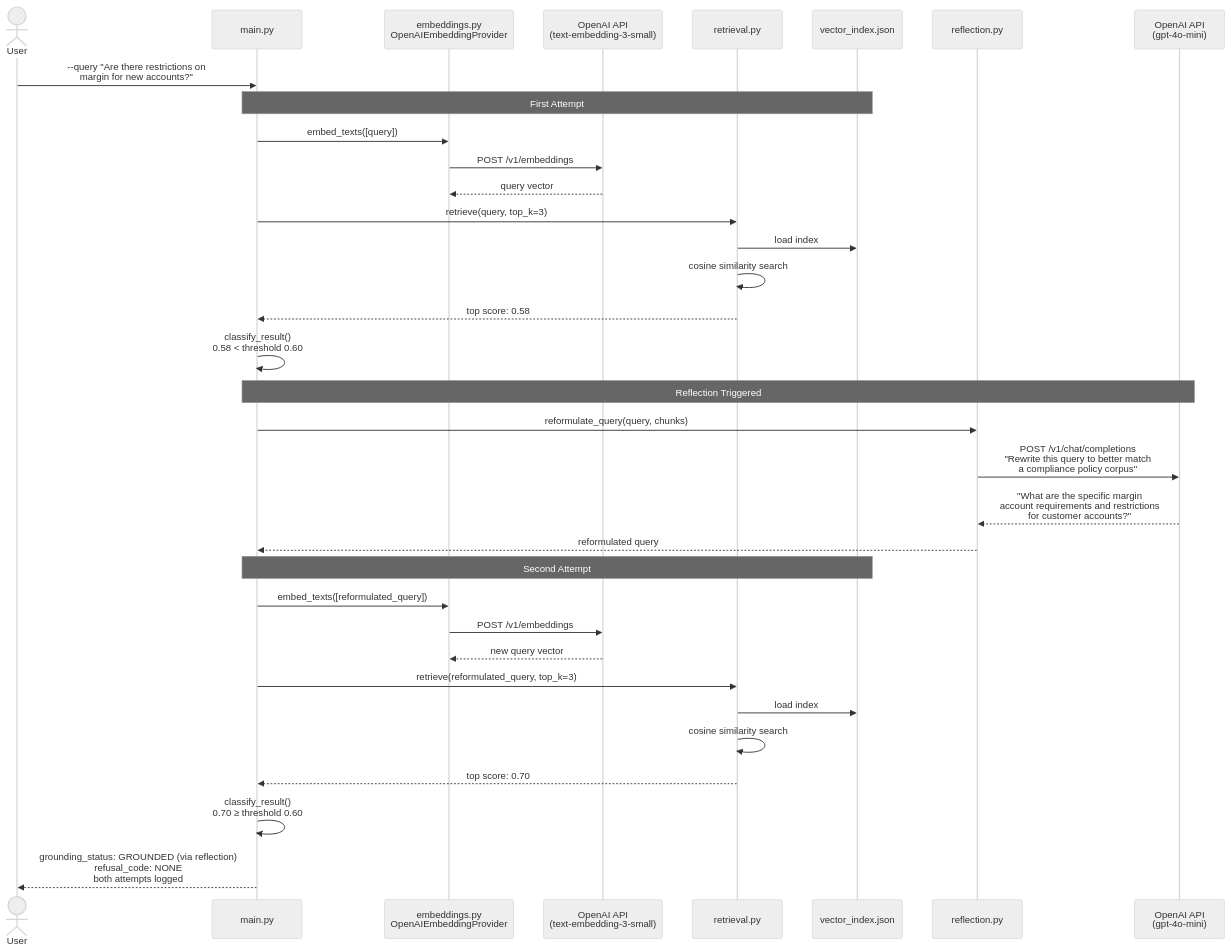
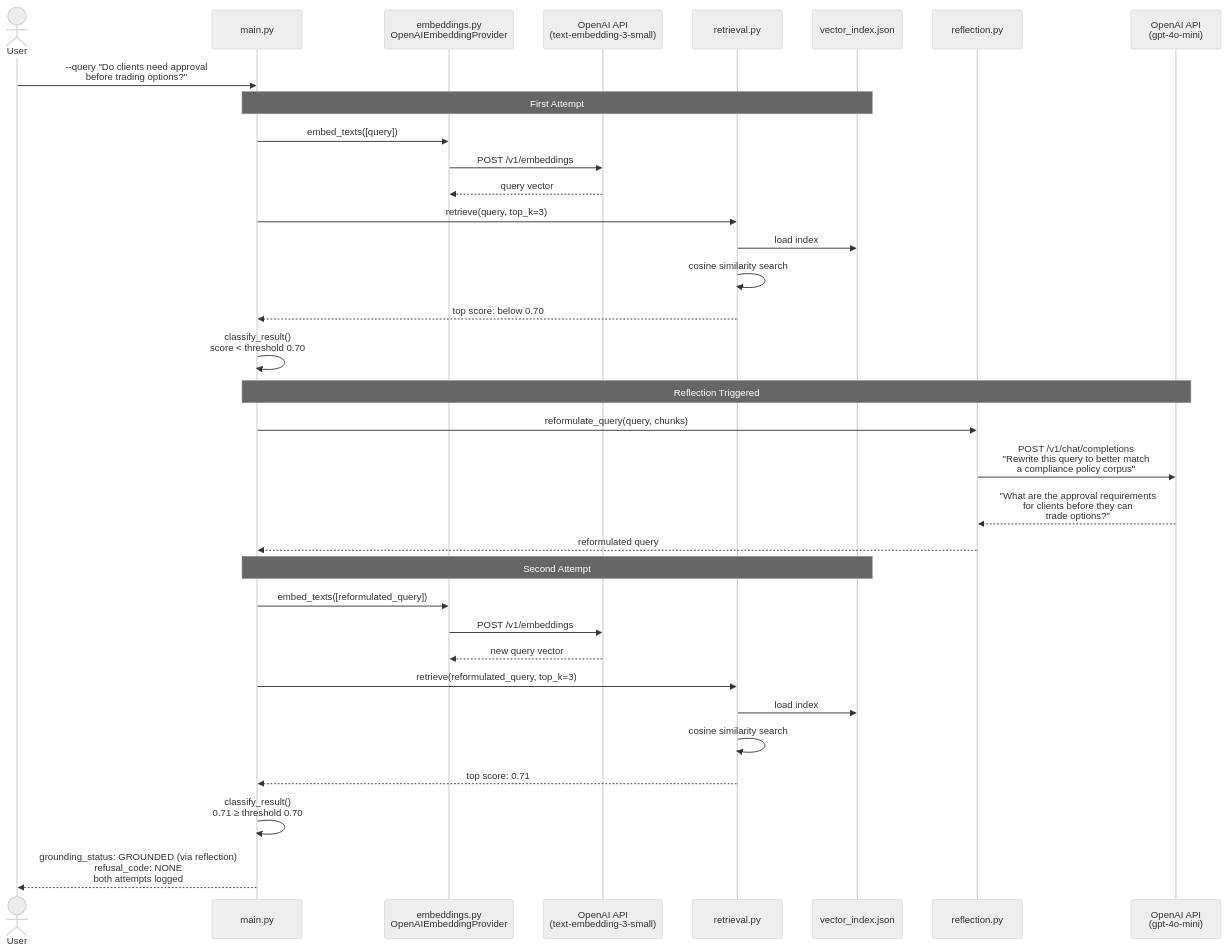
Before and after one commit to stevelanderson42/ai-prod-mgr: the fourth of 4 diagrams in modules/rag-knowledge-pilot/README.md, drawn with Mermaid (neutral theme). The commit also changed other lines of this file, not shown here.

````diff
--- a/modules/rag-knowledge-pilot/README.md
+++ b/modules/rag-knowledge-pilot/README.md
@@ -204,42 +302,42 @@
 ```mermaid
 sequenceDiagram
     actor User
     participant main as main.py
     participant emb as embeddings.py<br/>OpenAIEmbeddingProvider
     participant api_emb as OpenAI API<br/>(text-embedding-3-small)
     participant ret as retrieval.py
     participant idx as vector_index.json
     participant ref as reflection.py
     participant api_chat as OpenAI API<br/>(gpt-4o-mini)
 
-    User->>main: --query "Are there restrictions on<br/>margin for new accounts?"
+    User->>main: --query "Do clients need approval<br/>before trading options?"
     
     Note over main,idx: First Attempt
     main->>emb: embed_texts([query])
     emb->>api_emb: POST /v1/embeddings
     api_emb-->>emb: query vector
     main->>ret: retrieve(query, top_k=3)
     ret->>idx: load index
     ret->>ret: cosine similarity search
-    ret-->>main: top score: 0.58
+    ret-->>main: top score: below 0.70
 
-    main->>main: classify_result()<br/>0.58 < threshold 0.60
+    main->>main: classify_result()<br/>score < threshold 0.70
 
     Note over main,api_chat: Reflection Triggered
     main->>ref: reformulate_query(query, chunks)
     ref->>api_chat: POST /v1/chat/completions<br/>"Rewrite this query to better match<br/>a compliance policy corpus"
-    api_chat-->>ref: "What are the specific margin<br/>account requirements and restrictions<br/>for customer accounts?"
+    api_chat-->>ref: "What are the approval requirements<br/>for clients before they can<br/>trade options?"
     ref-->>main: reformulated query
 
     Note over main,idx: Second Attempt
     main->>emb: embed_texts([reformulated_query])
     emb->>api_emb: POST /v1/embeddings
     api_emb-->>emb: new query vector
     main->>ret: retrieve(reformulated_query, top_k=3)
     ret->>idx: load index
     ret->>ret: cosine similarity search
-    ret-->>main: top score: 0.70
+    ret-->>main: top score: 0.71
 
-    main->>main: classify_result()<br/>0.70 ≥ threshold 0.60
+    main->>main: classify_result()<br/>0.71 ≥ threshold 0.70
     main-->>User: grounding_status: GROUNDED (via reflection)<br/>refusal_code: NONE<br/>both attempts logged
 ```
````
